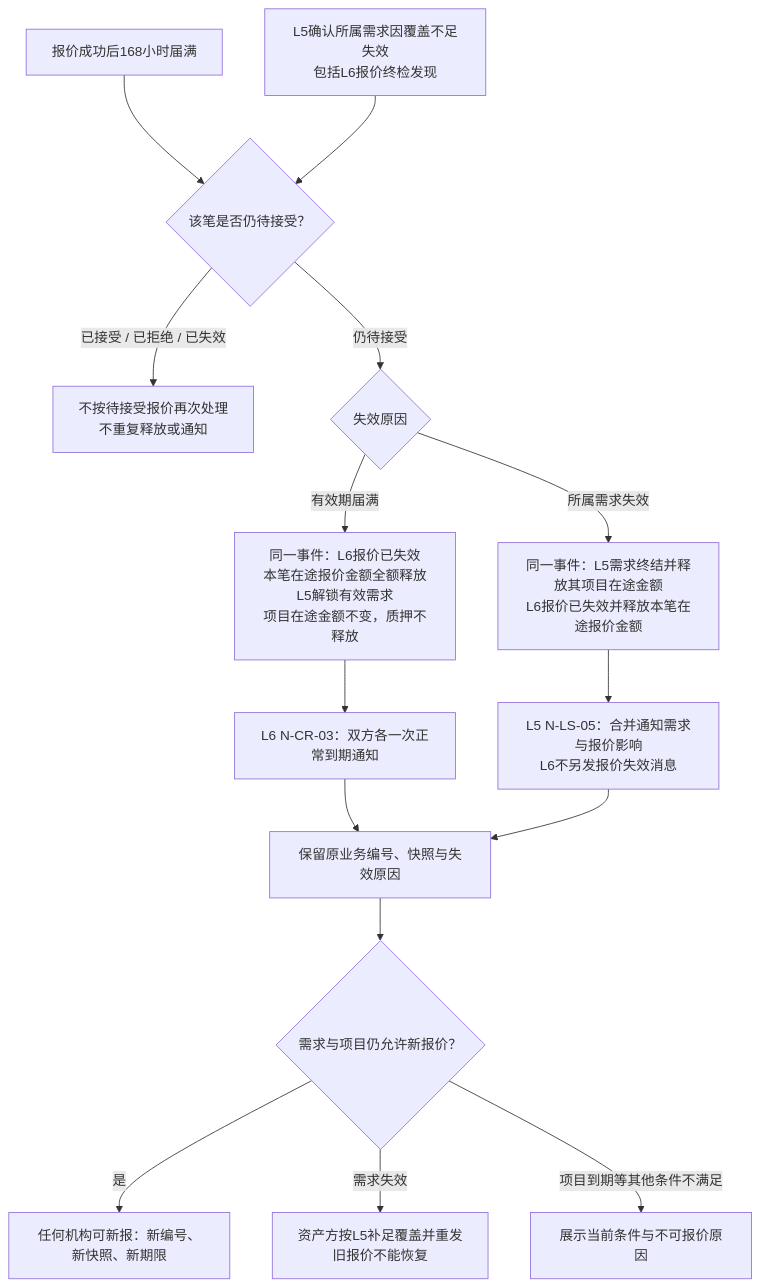
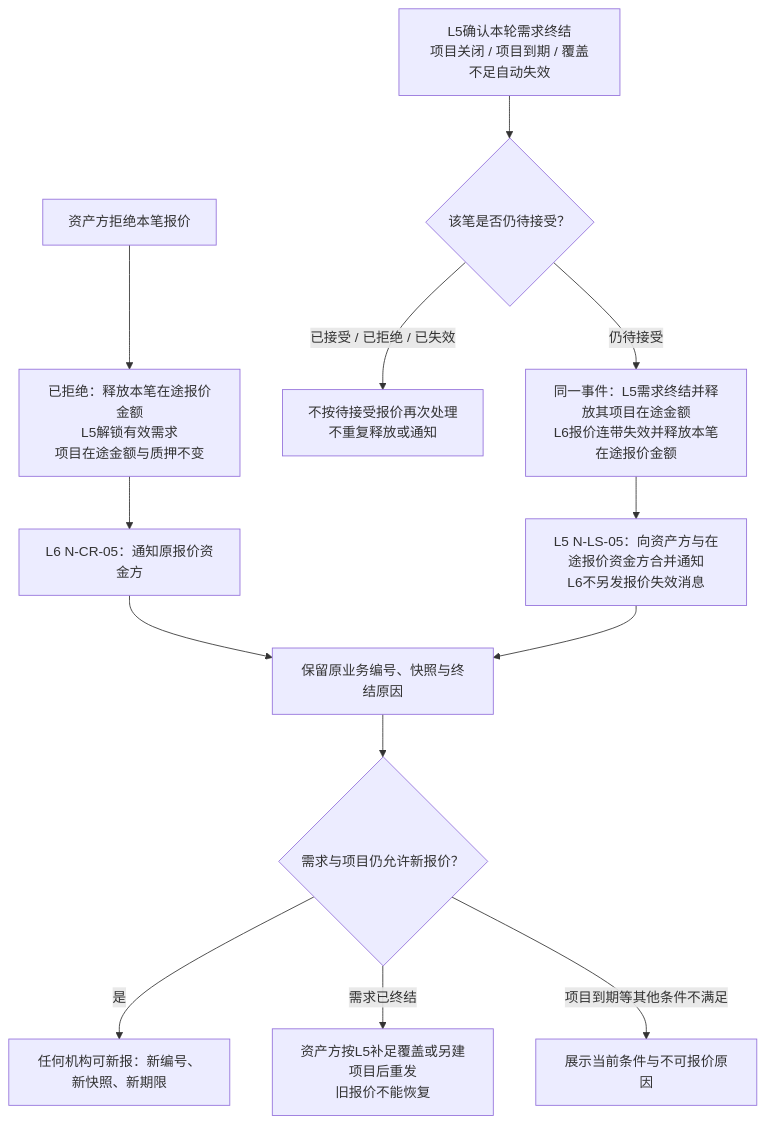
Before and after one commit to wxblockchain/Chain-Financing: the third of 8 diagrams in lending-platform/PRD/v1.0-借贷广场-授信报价与接受拒绝/02-授信报价与接受拒绝-流程图与状态机.md, drawn with Mermaid. The commit also changed other lines of this file and 5 other files, not shown here.

````diff
--- a/lending-platform/PRD/v1.0-借贷广场-授信报价与接受拒绝/02-授信报价与接受拒绝-流程图与状态机.md
+++ b/lending-platform/PRD/v1.0-借贷广场-授信报价与接受拒绝/02-授信报价与接受拒绝-流程图与状态机.md
@@ -74,17 +73,15 @@
 ```mermaid
 flowchart TD
-  A["报价成功后168小时届满"] --> C{"该笔是否仍待接受？"}
-  B["L5确认所属需求因覆盖不足失效<br/>包括L6报价终检发现"] --> C
+  A["资产方拒绝本笔报价"] --> A1["已拒绝：释放本笔在途报价金额<br/>L5解锁有效需求<br/>项目在途金额与质押不变"]
+  B["L5确认本轮需求终结<br/>项目关闭 / 项目到期 / 覆盖不足自动失效"] --> C{"该笔是否仍待接受？"}
   C -- "已接受 / 已拒绝 / 已失效" --> N["不按待接受报价再次处理<br/>不重复释放或通知"]
-  C -- "仍待接受" --> D{"失效原因"}
-  D -- "有效期届满" --> E["同一事件：L6报价已失效<br/>本笔在途报价金额全额释放<br/>L5解锁有效需求<br/>项目在途金额不变，质押不释放"]
-  D -- "所属需求失效" --> F["同一事件：L5需求终结并释放其项目在途金额<br/>L6报价已失效并释放本笔在途报价金额"]
-  E --> E1["L6 N-CR-03：双方各一次正常到期通知"]
-  F --> F1["L5 N-LS-05：合并通知需求与报价影响<br/>L6不另发报价失效消息"]
-  E1 --> G["保留原业务编号、快照与失效原因"]
+  C -- "仍待接受" --> F["同一事件：L5需求终结并释放其项目在途金额<br/>L6报价连带失效并释放本笔在途报价金额"]
+  F --> F1["L5 N-LS-05：向资产方与在途报价资金方合并通知<br/>L6不另发报价失效消息"]
+  A1 --> A2["L6 N-CR-05：通知原报价资金方"]
+  A2 --> G["保留原业务编号、快照与终结原因"]
   F1 --> G
   G --> H{"需求与项目仍允许新报价？"}
   H -- "是" --> I["任何机构可新报：新编号、新快照、新期限"]
-  H -- "需求失效" --> J["资产方按L5补足覆盖并重发<br/>旧报价不能恢复"]
+  H -- "需求已终结" --> J["资产方按L5补足覆盖或另建项目后重发<br/>旧报价不能恢复"]
   H -- "项目到期等其他条件不满足" --> K["展示当前条件与不可报价原因"]
 ```
````
